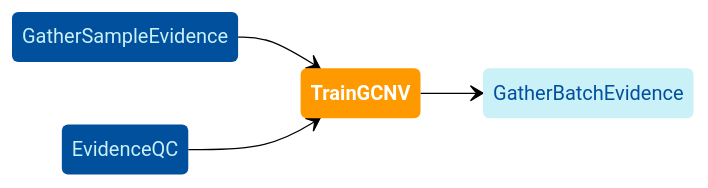
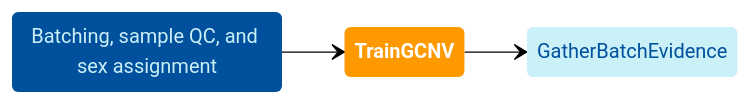
Before and after one commit to broadinstitute/gatk-sv: the diagram in website/docs/modules/train_gcnv.md, drawn with Mermaid (neutral theme). The commit also changed other lines of this file and 3 other files, not shown here.

Commit message:
update diagrams to display recommended invocation order.

````diff
--- a/website/docs/modules/train_gcnv.md
+++ b/website/docs/modules/train_gcnv.md
@@ -19,21 +37,20 @@
 ```mermaid
 
 stateDiagram
   direction LR
   
   classDef inModules stroke-width:0px,fill:#00509d,color:#caf0f8
   classDef thisModule font-weight:bold,stroke-width:0px,fill:#ff9900,color:white
   classDef outModules stroke-width:0px,fill:#caf0f8,color:#00509d
 
-  gse: GatherSampleEvidence
-  eqc: EvidenceQC
+  batching: Batching, sample QC, and sex assignment
   t: TrainGCNV
-  gse --> t
-  eqc --> t
   gbe: GatherBatchEvidence
+  
+  batching --> t
   t --> gbe 
   
   class t thisModule
-  class gse, eqc inModules
+  class batching inModules
   class gbe outModules
 ```
````
